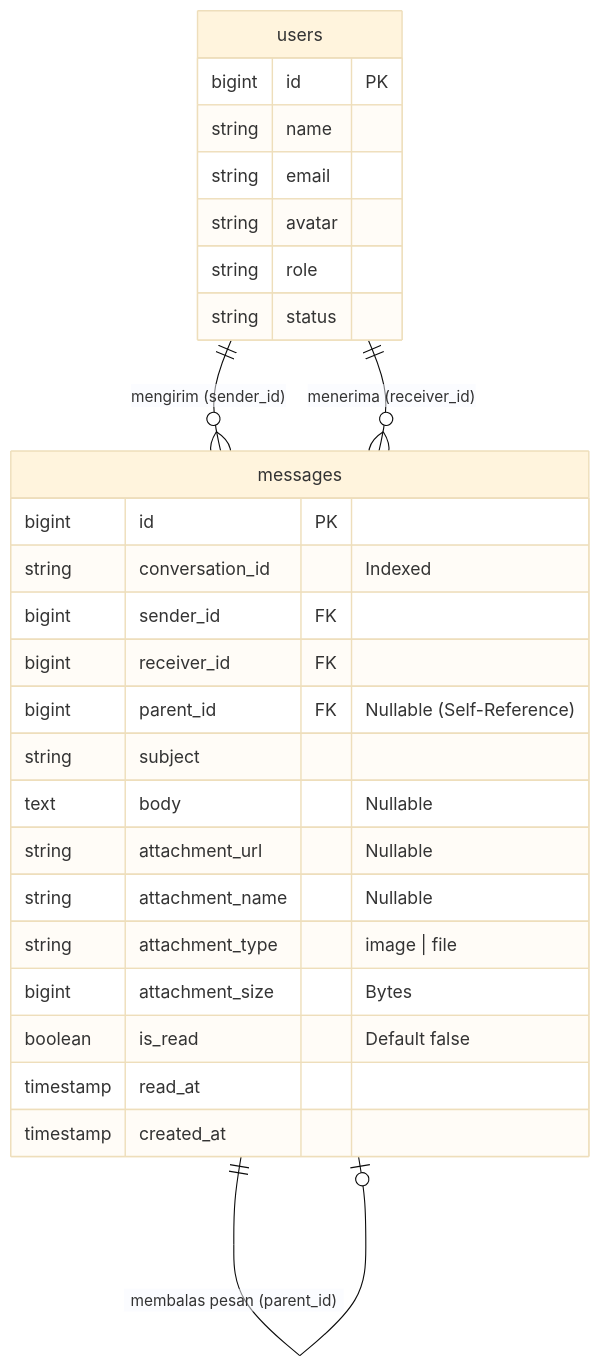
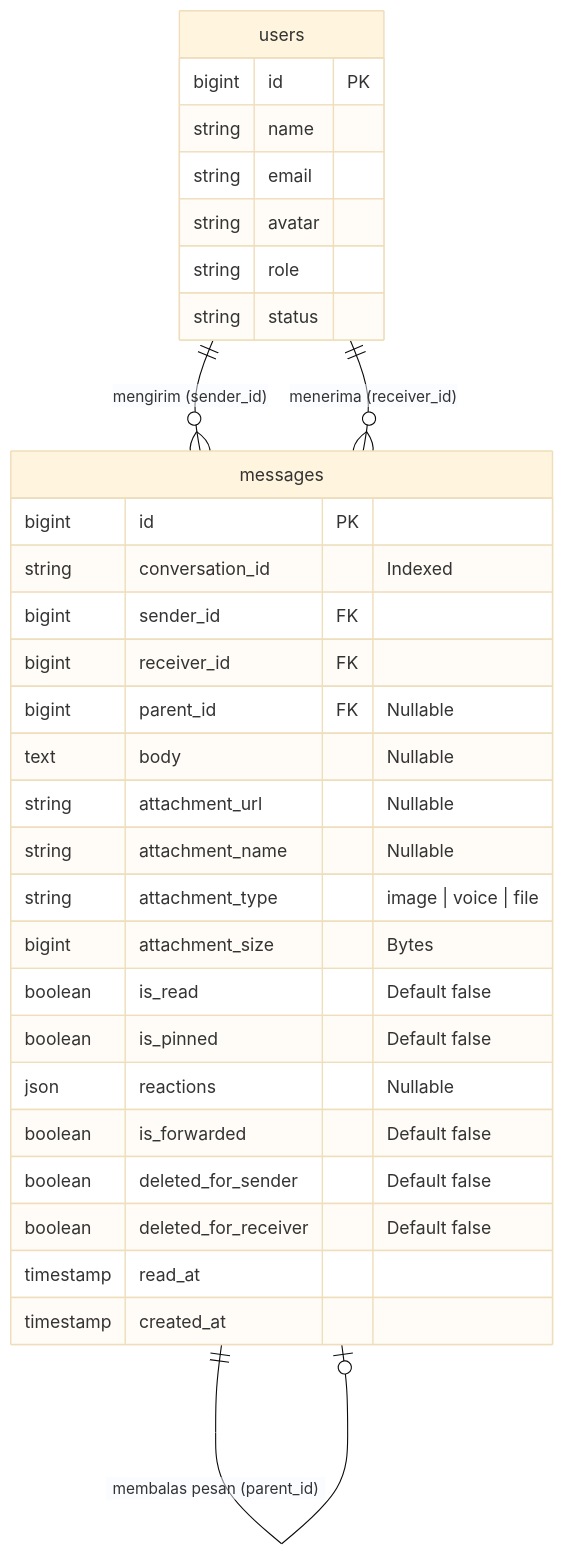
The first of 2 diagrams in docs/arsitektur_dan_operasional_fitur_chat_messages.md (AbdoelMadjid/repalogic-dashboard), drawn with Mermaid (base theme) before and after one commit. The commit also changed other lines of this file and 9 other files, not shown here.

Commit message:
docs: synchronize architecture docs with latest features, fix mermaid syntax & remove static version headers

````diff
--- a/docs/arsitektur_dan_operasional_fitur_chat_messages.md
+++ b/docs/arsitektur_dan_operasional_fitur_chat_messages.md
@@ -68,32 +86,36 @@
 ```mermaid
 erDiagram
     users ||--o{ messages : "mengirim (sender_id)"
     users ||--o{ messages : "menerima (receiver_id)"
     messages ||--o| messages : "membalas pesan (parent_id)"
 
     users {
         bigint id PK
         string name
         string email
         string avatar
         string role
         string status
     }
 
     messages {
         bigint id PK
         string conversation_id "Indexed"
         bigint sender_id FK
         bigint receiver_id FK
-        bigint parent_id FK "Nullable (Self-Reference)"
-        string subject
+        bigint parent_id FK "Nullable"
         text body "Nullable"
         string attachment_url "Nullable"
         string attachment_name "Nullable"
-        string attachment_type "image | file"
+        string attachment_type "image | voice | file"
         bigint attachment_size "Bytes"
         boolean is_read "Default false"
+        boolean is_pinned "Default false"
+        json reactions "Nullable"
+        boolean is_forwarded "Default false"
+        boolean deleted_for_sender "Default false"
+        boolean deleted_for_receiver "Default false"
         timestamp read_at
         timestamp created_at
     }
 ```
````
